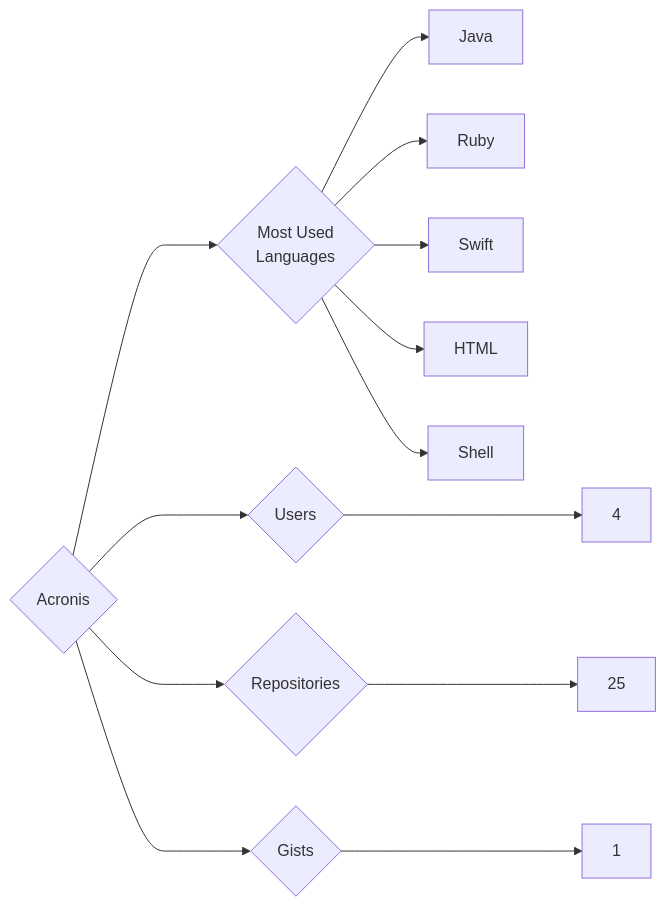
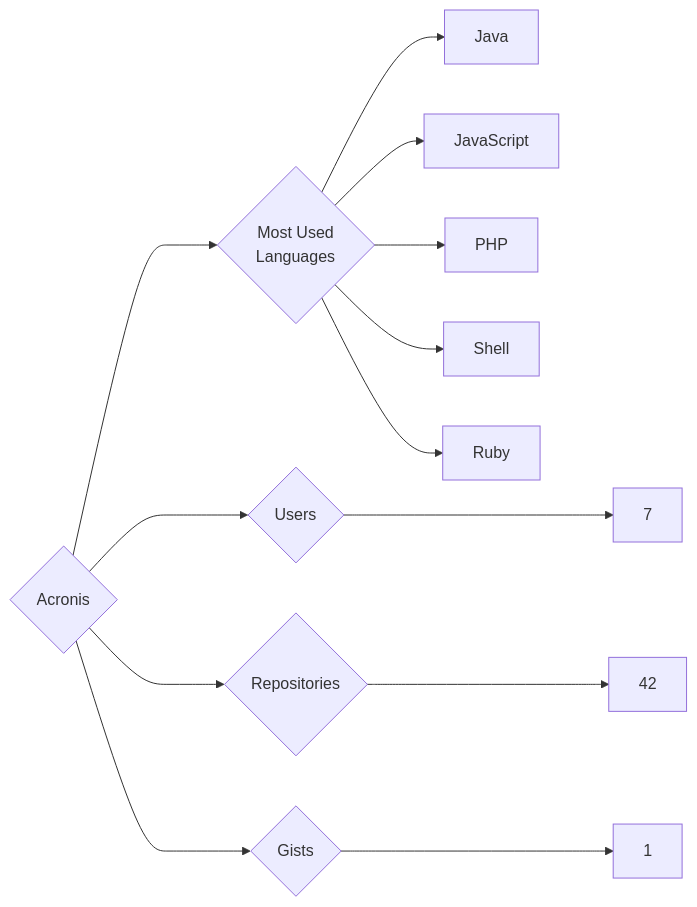
Before and after one commit to trickest/insiders: the diagram in targets/Acronis/README.md, drawn with Mermaid. The commit also changed 1120 other files, not shown here.

````diff
--- a/targets/Acronis/README.md
+++ b/targets/Acronis/README.md
@@ -3,13 +3,13 @@
 ```mermaid
 graph LR
 COMPANY_NAME{Acronis}
-COMPANY_NAME ---> U{Users} ---> UN[4]
-COMPANY_NAME ---> R{Repositories} ---> RN[25]
+COMPANY_NAME ---> U{Users} ---> UN[7]
+COMPANY_NAME ---> R{Repositories} ---> RN[42]
 COMPANY_NAME ---> G{Gists} ---> GN[1]
 COMPANY_NAME ---> ML{Most Used<br>Languages}
 ML --> Java[Java]
+ML --> JavaScript[JavaScript]
+ML --> PHP[PHP]
+ML --> Shell[Shell]
 ML --> Ruby[Ruby]
-ML --> Swift[Swift]
-ML --> HTML[HTML]
-ML --> Shell[Shell]
 ```
````
